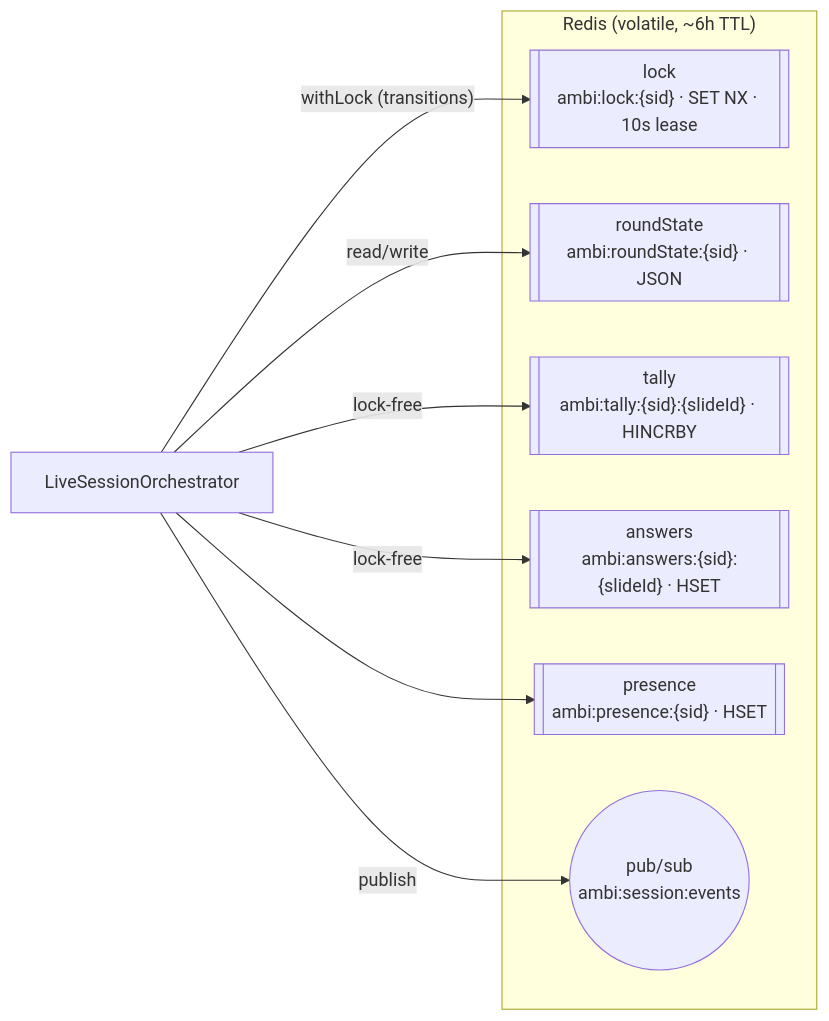
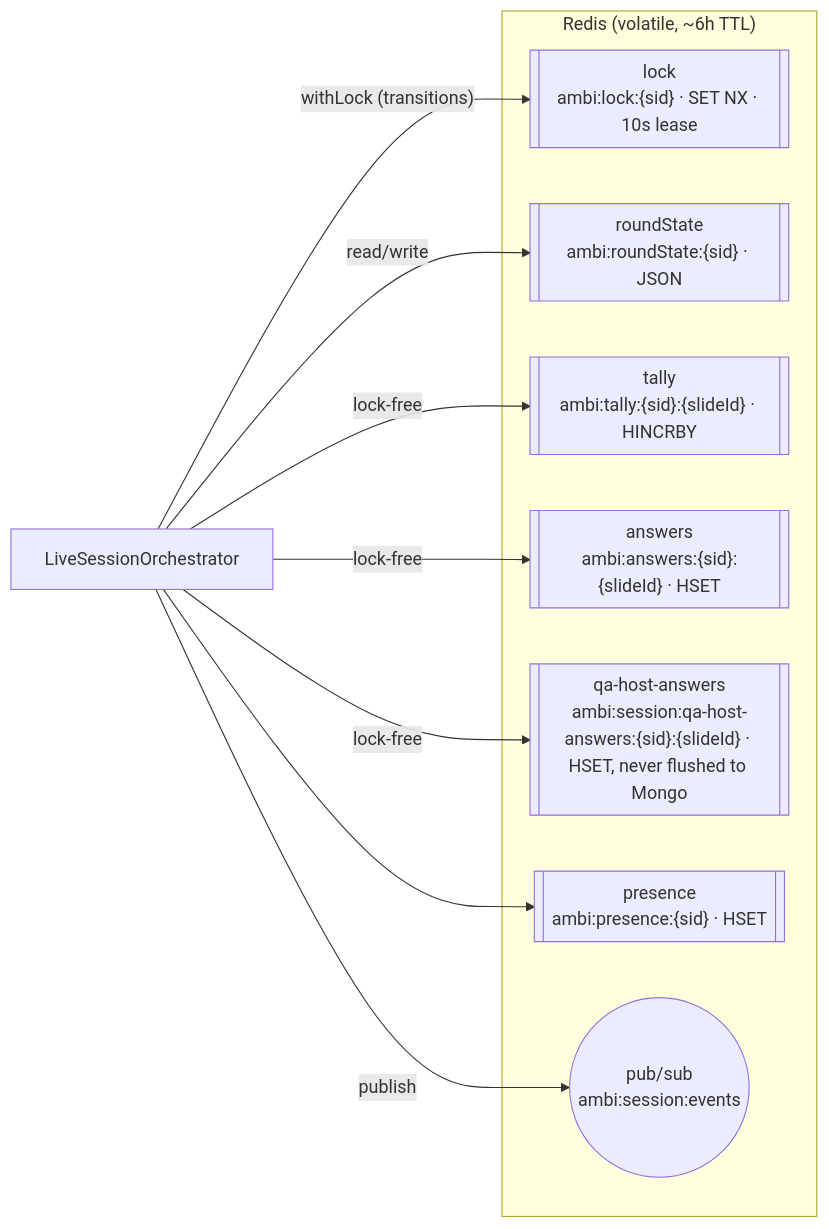
One commit to Saganaut/ambi changed the fifth of 5 diagrams in z-docs/diagrams/live-session.md. Above: the diagram before and after it, drawn with Mermaid. The commit also changed other lines of this file and 4 other files, not shown here.

````diff
--- a/z-docs/diagrams/live-session.md
+++ b/z-docs/diagrams/live-session.md
@@ -132,18 +133,20 @@
 ```mermaid
 flowchart LR
     ORCH["LiveSessionOrchestrator"]
     subgraph redis["Redis (volatile, ~6h TTL)"]
         LOCK[["lock<br/>ambi:lock:{sid} · SET NX · 10s lease"]]
         STATE[["roundState<br/>ambi:roundState:{sid} · JSON"]]
         TALLY[["tally<br/>ambi:tally:{sid}:{slideId} · HINCRBY"]]
         ANS[["answers<br/>ambi:answers:{sid}:{slideId} · HSET"]]
+        QANDA[["qa-host-answers<br/>ambi:session:qa-host-answers:{sid}:{slideId} · HSET, never flushed to Mongo"]]
         PRES[["presence<br/>ambi:presence:{sid} · HSET"]]
         CHAN(("pub/sub<br/>ambi:session:events"))
     end
     ORCH -->|"withLock (transitions)"| LOCK
     ORCH -->|read/write| STATE
     ORCH -->|"lock-free"| TALLY
     ORCH -->|"lock-free"| ANS
+    ORCH -->|"lock-free"| QANDA
     ORCH --> PRES
     ORCH -->|publish| CHAN
 ```
````
